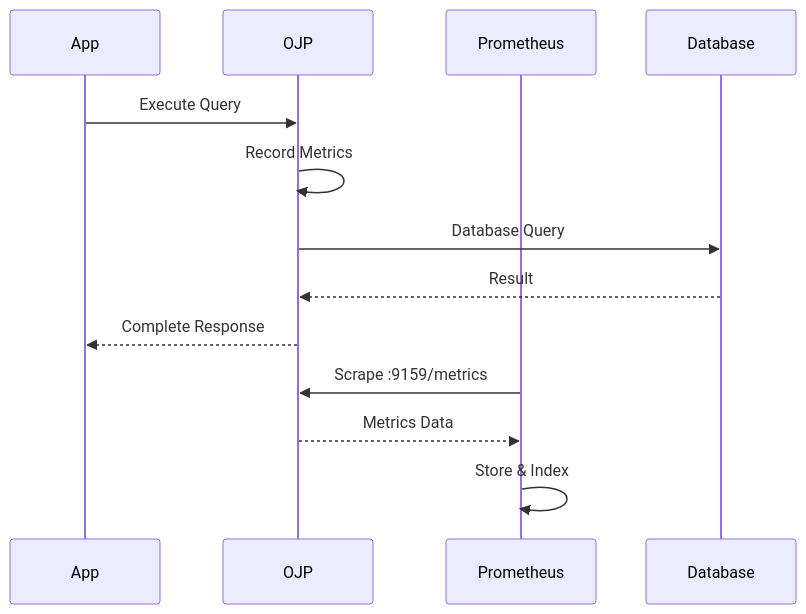
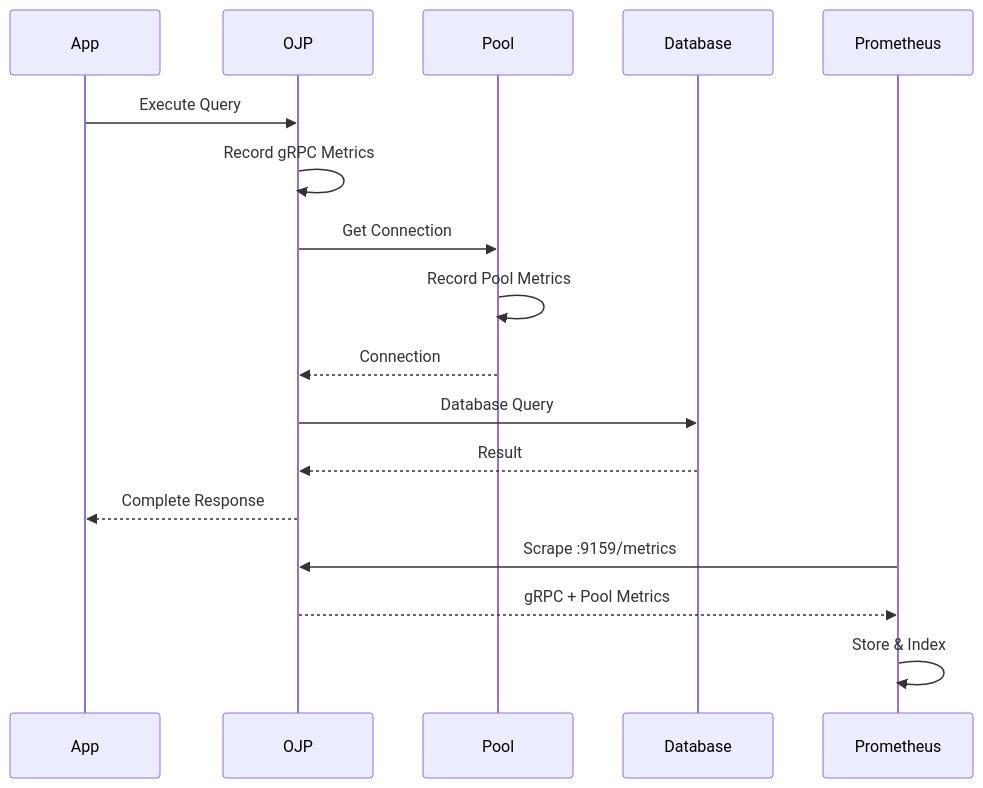
The fourth of 7 diagrams in documents/ebook/part2-chapter6-server-configuration.md (sisv1der/ojp), drawn with Mermaid before and after one commit. The commit also changed other lines of this file and 2 other files, not shown here.

Commit message:
Update documentation with comprehensive pool metrics information for XA and HikariCP pools

````diff
--- a/documents/ebook/part2-chapter6-server-configuration.md
+++ b/documents/ebook/part2-chapter6-server-configuration.md
@@ -201,15 +218,20 @@
 ```mermaid
 sequenceDiagram
     participant App
     participant OJP
+    participant Pool
+    participant Database
     participant Prometheus
     
     App->>OJP: Execute Query
-    OJP->>OJP: Record Metrics
+    OJP->>OJP: Record gRPC Metrics
+    OJP->>Pool: Get Connection
+    Pool->>Pool: Record Pool Metrics
+    Pool-->>OJP: Connection
     OJP->>Database: Database Query
     Database-->>OJP: Result
     OJP-->>App: Complete Response
     Prometheus->>OJP: Scrape :9159/metrics
-    OJP-->>Prometheus: Metrics Data
+    OJP-->>Prometheus: gRPC + Pool Metrics
     Prometheus->>Prometheus: Store & Index
 ```
````
